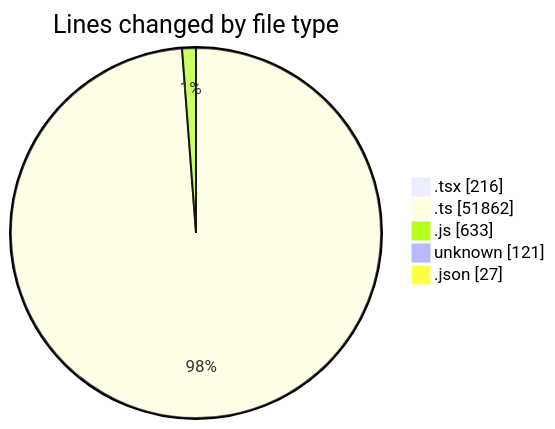
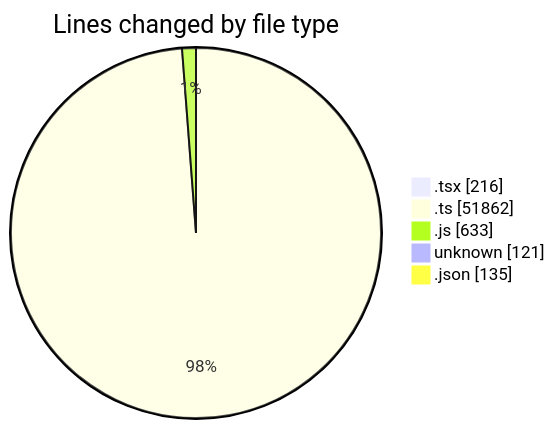
Before and after one commit to momahboobian/code-tracking: the first of 2 diagrams in 2026-06-01/cda/README.md, drawn with Mermaid. The commit also changed other lines of this file and 1 other file, not shown here.

````diff
--- a/2026-06-01/cda/README.md
+++ b/2026-06-01/cda/README.md
@@ -49,9 +50,9 @@
 ```mermaid
 pie showData
 title Lines changed by file type
 ".tsx" : 216
 ".ts" : 51862
 ".js" : 633
 "unknown" : 121
-".json" : 27
+".json" : 135
 ```
````
